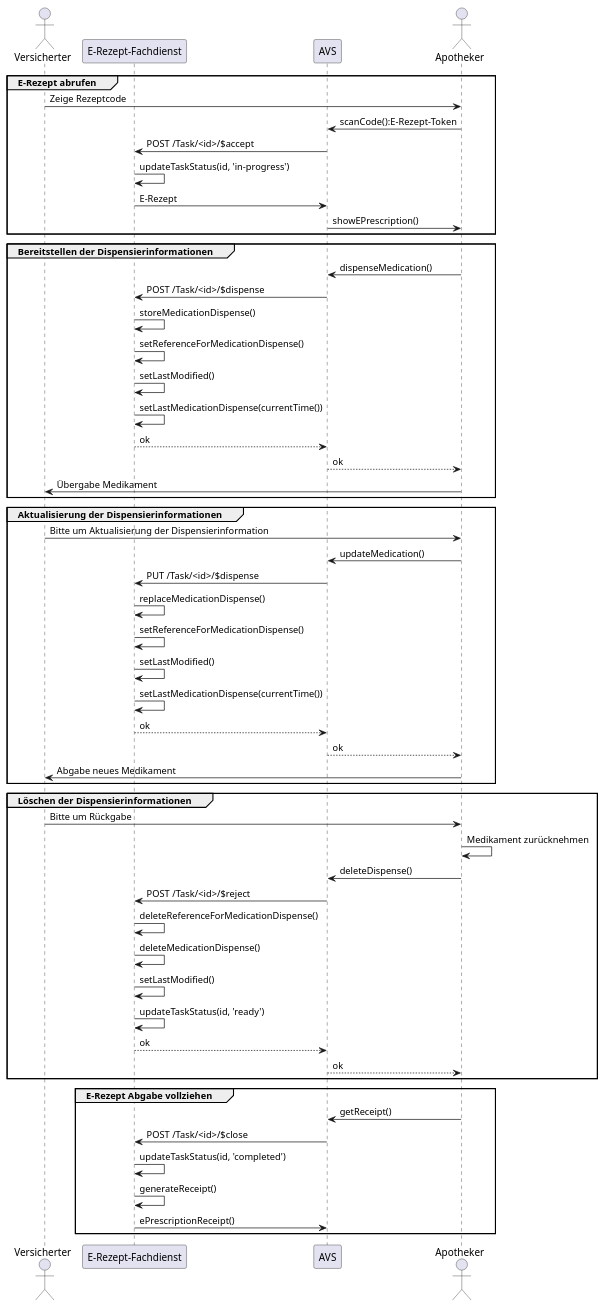
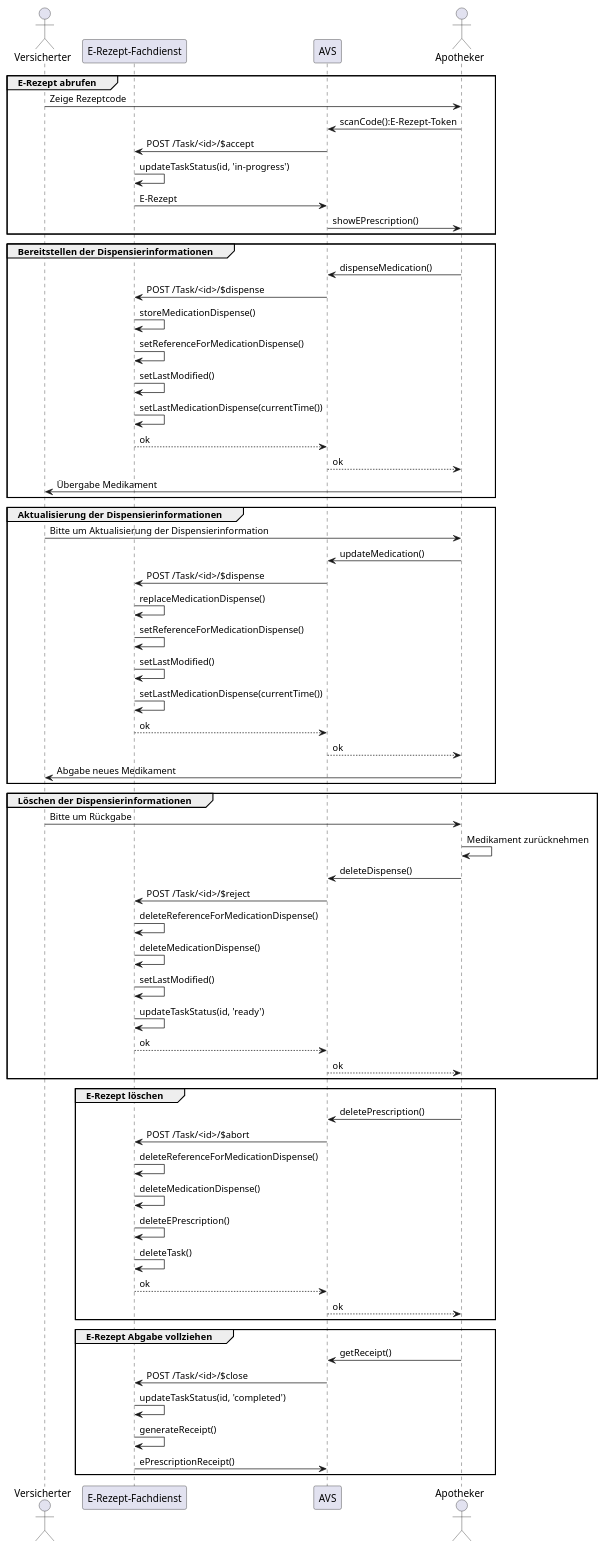
Before and after one commit to gematik/api-erp: the diagram in puml/fdv_zustaende_sequenz.puml, drawn with PlantUML. The commit also changed 1 other file, not shown here.

```diff
--- a/puml/fdv_zustaende_sequenz.puml
+++ b/puml/fdv_zustaende_sequenz.puml
@@ -1,64 +1,75 @@
 @startuml Aktualisierte Abgabeinformationen
 
 actor Versicherter
 participant "E-Rezept-Fachdienst" as FD
 participant AVS
 actor Apotheker
 
 group E-Rezept abrufen
 Versicherter -> Apotheker: Zeige Rezeptcode
 Apotheker -> AVS: scanCode():E-Rezept-Token
 AVS -> FD: POST /Task/<id>/$accept
 FD -> FD: updateTaskStatus(id, 'in-progress')
 FD -> AVS: E-Rezept
 AVS -> Apotheker: showEPrescription()
 end
 
 group Bereitstellen der Dispensierinformationen
 Apotheker -> AVS: dispenseMedication()
 AVS -> FD: POST /Task/<id>/$dispense
 FD -> FD: storeMedicationDispense()
 FD -> FD: setReferenceForMedicationDispense()
 FD -> FD: setLastModified()
 FD -> FD: setLastMedicationDispense(currentTime())
 FD --> AVS: ok
 AVS --> Apotheker: ok
 Apotheker -> Versicherter: Übergabe Medikament
 end
 
 group Aktualisierung der Dispensierinformationen
 Versicherter -> Apotheker: Bitte um Aktualisierung der Dispensierinformation
 Apotheker -> AVS: updateMedication()
-AVS -> FD: PUT /Task/<id>/$dispense
+AVS -> FD: POST /Task/<id>/$dispense
 FD -> FD: replaceMedicationDispense()
 FD -> FD: setReferenceForMedicationDispense()
 FD -> FD: setLastModified()
 FD -> FD: setLastMedicationDispense(currentTime())
 FD --> AVS: ok
 AVS --> Apotheker: ok
 Apotheker -> Versicherter: Abgabe neues Medikament
 end
 
 group Löschen der Dispensierinformationen
 Versicherter -> Apotheker: Bitte um Rückgabe
 Apotheker -> Apotheker: Medikament zurücknehmen
 Apotheker -> AVS: deleteDispense()
 AVS -> FD: POST /Task/<id>/$reject
 FD -> FD: deleteReferenceForMedicationDispense()
 FD -> FD: deleteMedicationDispense()
 FD -> FD: setLastModified()
 FD -> FD: updateTaskStatus(id, 'ready')
 FD --> AVS: ok
 AVS --> Apotheker: ok
 end
 
+group E-Rezept löschen
+Apotheker -> AVS: deletePrescription()
+AVS -> FD: POST /Task/<id>/$abort
+FD -> FD: deleteReferenceForMedicationDispense()
+FD -> FD: deleteMedicationDispense()
+FD -> FD: deleteEPrescription()
+FD -> FD: deleteTask()
+FD --> AVS: ok
+AVS --> Apotheker: ok
+end
+
 group E-Rezept Abgabe vollziehen 
 Apotheker -> AVS: getReceipt()
 AVS -> FD: POST /Task/<id>/$close
 FD -> FD: updateTaskStatus(id, 'completed')
 FD -> FD: generateReceipt()
 FD -> AVS: ePrescriptionReceipt()
 end
 
 
 @enduml
```
